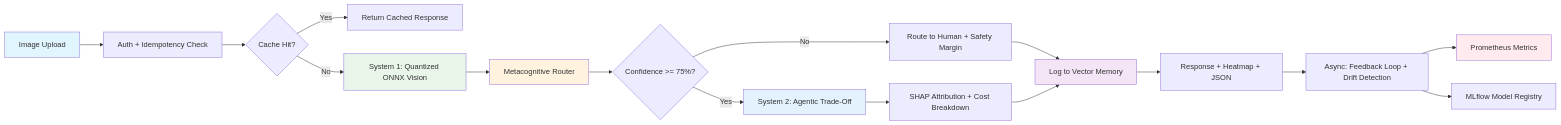
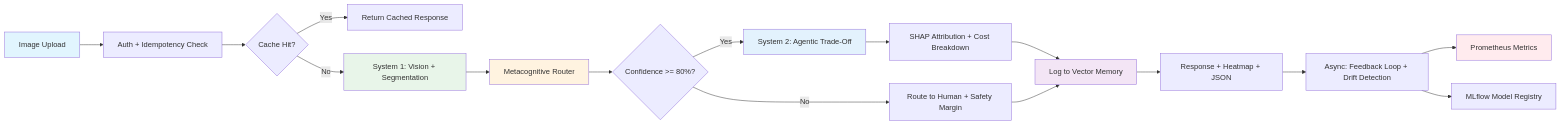
Before and after one commit to yuvraajnarula/refurbcortex: the second of 4 diagrams in README.md, drawn with Mermaid. The commit also changed other lines of this file, not shown here.

Commit message:
docs: update README with web agent, segmentation, Redis, conda, tests, CI docs

````diff
--- a/README.md
+++ b/README.md
@@ -40,30 +44,30 @@
 ```mermaid
 flowchart LR
     A[Image Upload] --> B[Auth + Idempotency Check]
     B --> C{Cache Hit?}
     C -->|Yes| D[Return Cached Response]
-    C -->|No| E[System 1: Quantized ONNX Vision]
+    C -->|No| E[System 1: Vision + Segmentation]
     
     E --> F[Metacognitive Router]
-    F --> G{Confidence >= 75%?}
+    F --> G{Confidence >= 80%?}
     
     G -->|Yes| H[System 2: Agentic Trade-Off]
     G -->|No| I[Route to Human + Safety Margin]
     
     H --> J[SHAP Attribution + Cost Breakdown]
-    I --> K[Log to Vector Memory]
-    J --> K
+    J --> K[Log to Vector Memory]
+    I --> K
     
     K --> L[Response + Heatmap + JSON]
     L --> M[Async: Feedback Loop + Drift Detection]
     
     M --> N[Prometheus Metrics]
     M --> O[ MLflow Model Registry]
     
     style A fill:#e1f5fe
     style E fill:#e8f5e9
     style F fill:#fff3e0
     style H fill:#e3f2fd
     style K fill:#f3e5f5
     style N fill:#ffebee
 ```
````
